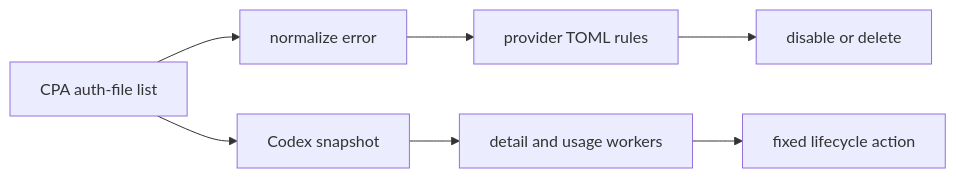
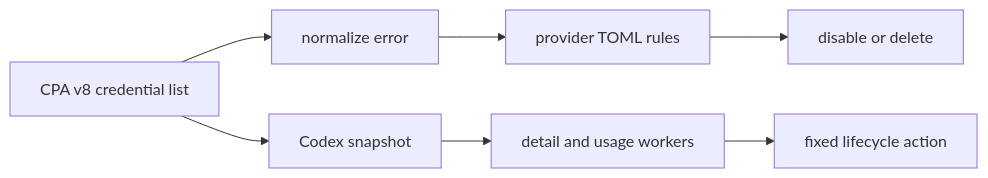
One commit to 5345asda/CPACodexKeeper changed the diagram in docs/architecture.md. Above: the diagram before and after it, drawn with Mermaid. The commit also changed 16 other files, not shown here.

````diff
--- a/docs/architecture.md
+++ b/docs/architecture.md
@@ -5,9 +5,9 @@
 ```mermaid
 flowchart LR
-    A[CPA auth-file list] --> B[normalize error]
+    A[CPA v8 credential list] --> B[normalize error]
     B --> C[provider TOML rules]
     C --> D[disable or delete]
     A --> E[Codex snapshot]
     E --> F[detail and usage workers]
     F --> G[fixed lifecycle action]
 ```
````
